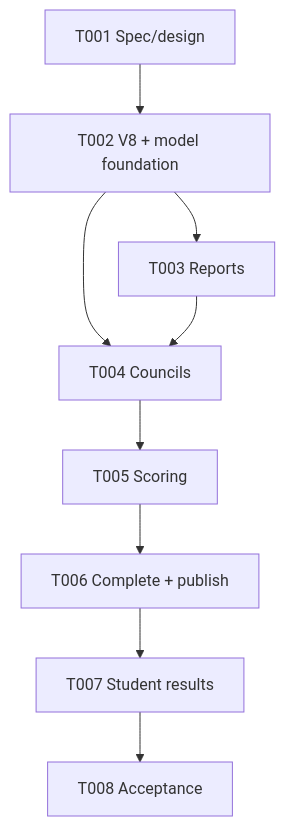
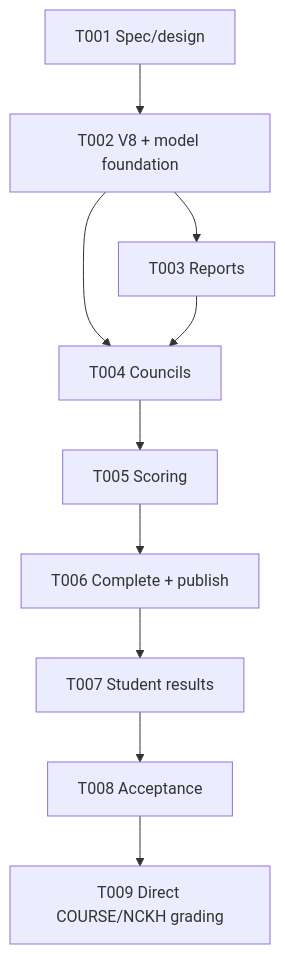
The diagram in specs/002-review-results/tasks.md (HuyDoDevv/student-topic-management), drawn with Mermaid before and after one commit. The commit also changed other lines of this file and 34 other files, not shown here.

Commit message:
feat(grading): add direct COURSE/NCKH assignments (T009)

````diff
--- a/specs/002-review-results/tasks.md
+++ b/specs/002-review-results/tasks.md
@@ -134,11 +154,12 @@
 ```mermaid
 flowchart TD
   T001["T001 Spec/design"] --> T002["T002 V8 + model foundation"]
   T002 --> T003["T003 Reports"]
   T002 --> T004["T004 Councils"]
   T003 --> T004
   T004 --> T005["T005 Scoring"]
   T005 --> T006["T006 Complete + publish"]
   T006 --> T007["T007 Student results"]
   T007 --> T008["T008 Acceptance"]
+  T008 --> T009["T009 Direct COURSE/NCKH grading"]
 ```
````
